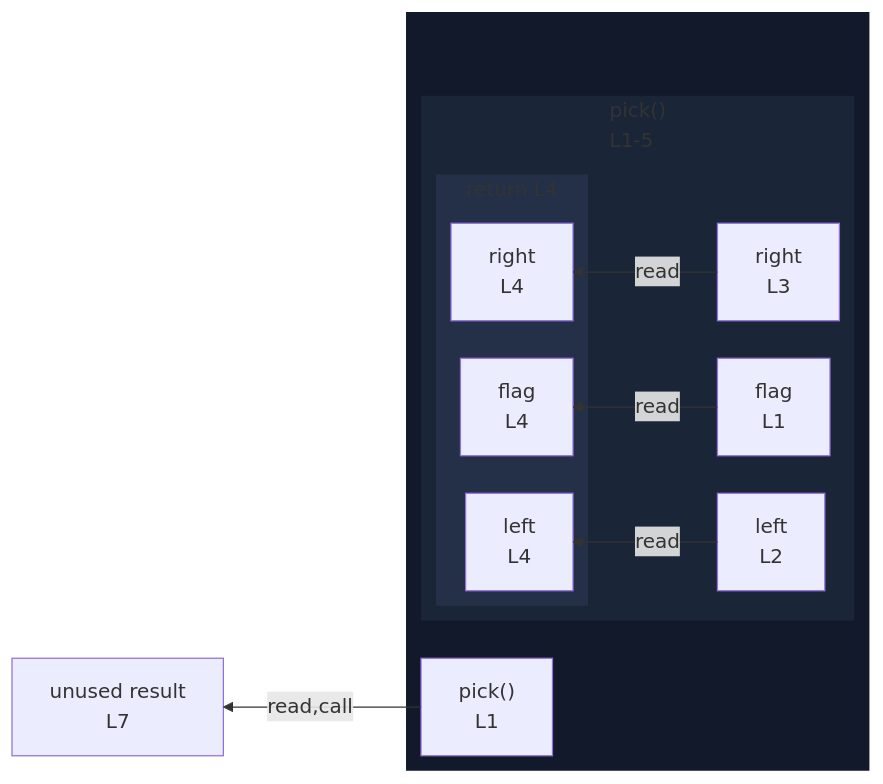
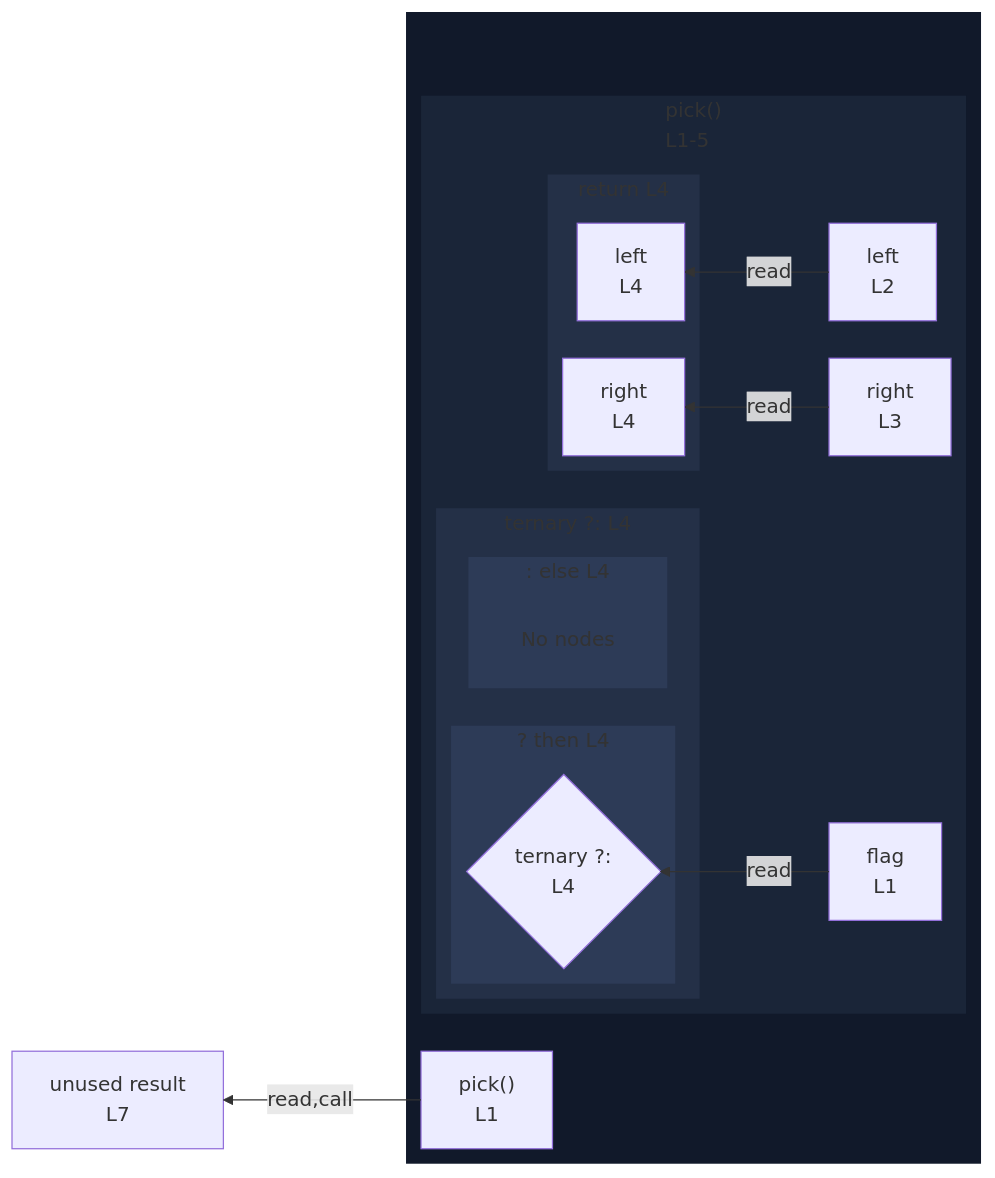
The diagram in integration/fixtures/function/declaration/conditional-return/preview.md (crescware/unsnarl), drawn with Mermaid before and after one commit. The commit also changed 163 other files, not shown here.

````diff
--- a/integration/fixtures/function/declaration/conditional-return/preview.md
+++ b/integration/fixtures/function/declaration/conditional-return/preview.md
@@ -17,31 +17,47 @@
 ```mermaid
 %%{init: {"flowchart": {"defaultRenderer": "elk"}}}%%
 flowchart RL
   n_scope_0_result_114["unused result<br/>L7"]
   subgraph wrap_s_scope_1[" "]
     direction TB
     n_scope_0_pick_9["pick()<br/>L1"]
     subgraph s_scope_1["pick()<br/>L1-5"]
       direction RL
       n_scope_1_flag_14["flag<br/>L1"]
       n_scope_1_left_39["left<br/>L2"]
       n_scope_1_right_61["right<br/>L3"]
+      subgraph cont_ternary_scope_1_84["ternary ?: L4"]
+        direction RL
+        subgraph s_scope_2["? then L4"]
+          direction RL
+          ternary_test_scope_1_84{"ternary ?:<br/>L4"}
+        end
+        subgraph s_scope_3[": else L4"]
+          direction RL
+          elk_empty_s_scope_3["No nodes"]
+        end
+      end
       subgraph s_return_scope_0_pick_9_77_104["return L4"]
         direction RL
-        ret_use_ref_2["flag<br/>L4"]
         ret_use_ref_3["left<br/>L4"]
         ret_use_ref_4["right<br/>L4"]
       end
     end
   end
-  n_scope_1_flag_14 -->|read| ret_use_ref_2
+  n_scope_1_flag_14 -->|read| ternary_test_scope_1_84
   n_scope_1_left_39 -->|read| ret_use_ref_3
   n_scope_1_right_61 -->|read| ret_use_ref_4
   n_scope_0_pick_9 -->|read,call| n_scope_0_result_114
   classDef nestL1 fill:#11192a,stroke:transparent;
   class wrap_s_scope_1 nestL1;
   classDef nestL2 fill:#1a2538,stroke:transparent;
   class s_scope_1 nestL2;
   classDef nestL3 fill:#243047,stroke:transparent;
+  class cont_ternary_scope_1_84 nestL3;
   class s_return_scope_0_pick_9_77_104 nestL3;
+  classDef nestL4 fill:#2d3b57,stroke:transparent;
+  class s_scope_2 nestL4;
+  class s_scope_3 nestL4;
+  classDef elkEmptyPlaceholder fill:transparent,stroke:transparent;
+  class elk_empty_s_scope_3 elkEmptyPlaceholder;
 ```
````
